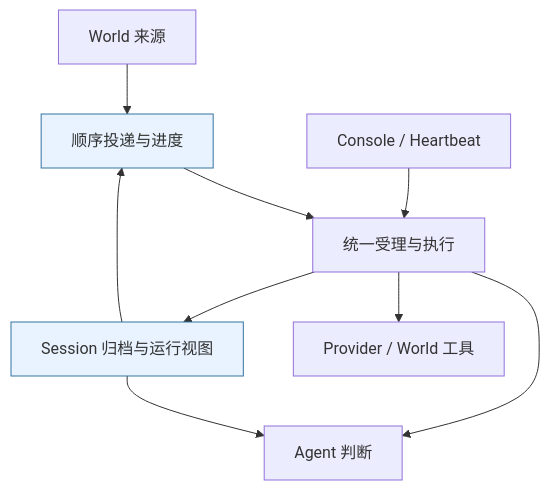
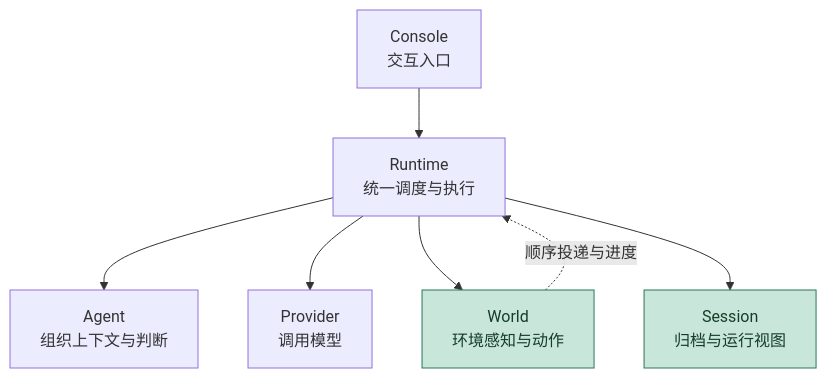
One commit to 13776578253-glitch/1002bot changed the first of 7 diagrams in docs/2026-10-09-M4.0进度与架构图.md. Above: the diagram before and after it, drawn with Mermaid. The commit also changed other lines of this file and 3 other files, not shown here.

````diff
--- a/docs/2026-10-09-M4.0进度与架构图.md
+++ b/docs/2026-10-09-M4.0进度与架构图.md
@@ -26,13 +26,11 @@
 ```mermaid
 flowchart TB
-  W[World 来源] --> D[顺序投递与进度]
-  D --> R[统一受理与执行]
-  C[Console / Heartbeat] --> R
-  R --> A[Agent 判断]
-  R --> P[Provider / World 工具]
-  R --> S[Session 归档与运行视图]
-  S --> A
-  S --> D
-  classDef changed fill:#e8f3ff,stroke:#3574a0
-  class D,S changed
+  C[Console<br/>交互入口] --> R[Runtime<br/>统一调度与执行]
+  R --> A[Agent<br/>组织上下文与判断]
+  R --> P[Provider<br/>调用模型]
+  R --> W[World<br/>环境感知与动作]
+  R --> S[Session<br/>归档与运行视图]
+  W -.->|顺序投递与进度| R
+  classDef added fill:#c8e6d9,stroke:#28765c,color:#163d2a;
+  class W,S added;
 ```
````
